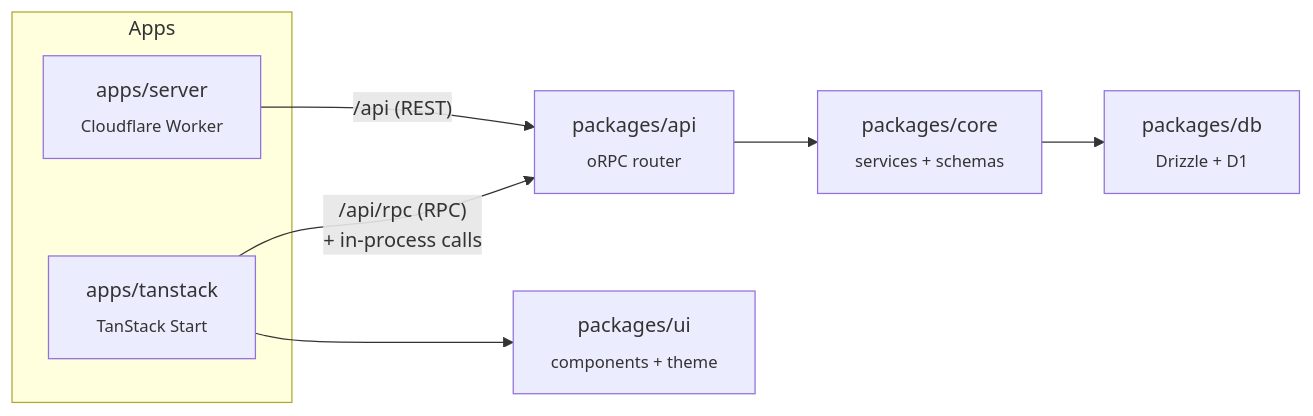
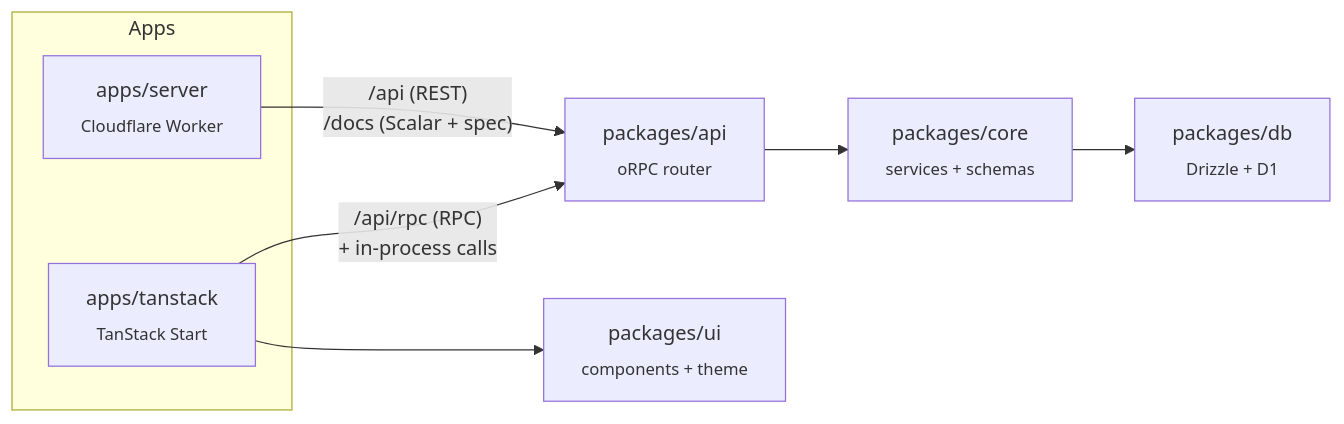
One commit to heyleydotdev/cf-monorepo changed the diagram in README.md. Above: the diagram before and after it, drawn with Mermaid. The commit also changed other lines of this file and 5 other files, not shown here.

First line of the commit message:
feat(api): serve the Scalar reference at /docs

````diff
--- a/README.md
+++ b/README.md
@@ -64,17 +64,17 @@
 ```mermaid
 flowchart LR
     subgraph Apps
         S["apps/server<br/><sub>Cloudflare Worker</sub>"]
         T["apps/tanstack<br/><sub>TanStack Start</sub>"]
     end
 
     API["packages/api<br/><sub>oRPC router</sub>"]
     CORE["packages/core<br/><sub>services + schemas</sub>"]
     DB["packages/db<br/><sub>Drizzle + D1</sub>"]
     UI["packages/ui<br/><sub>components + theme</sub>"]
 
-    S -- "/api (REST)" --> API
+    S -- "/api (REST)<br/>/docs (Scalar + spec)" --> API
     T -- "/api/rpc (RPC)<br/>+ in-process calls" --> API
     T --> UI
     API --> CORE --> DB
 ```
````
